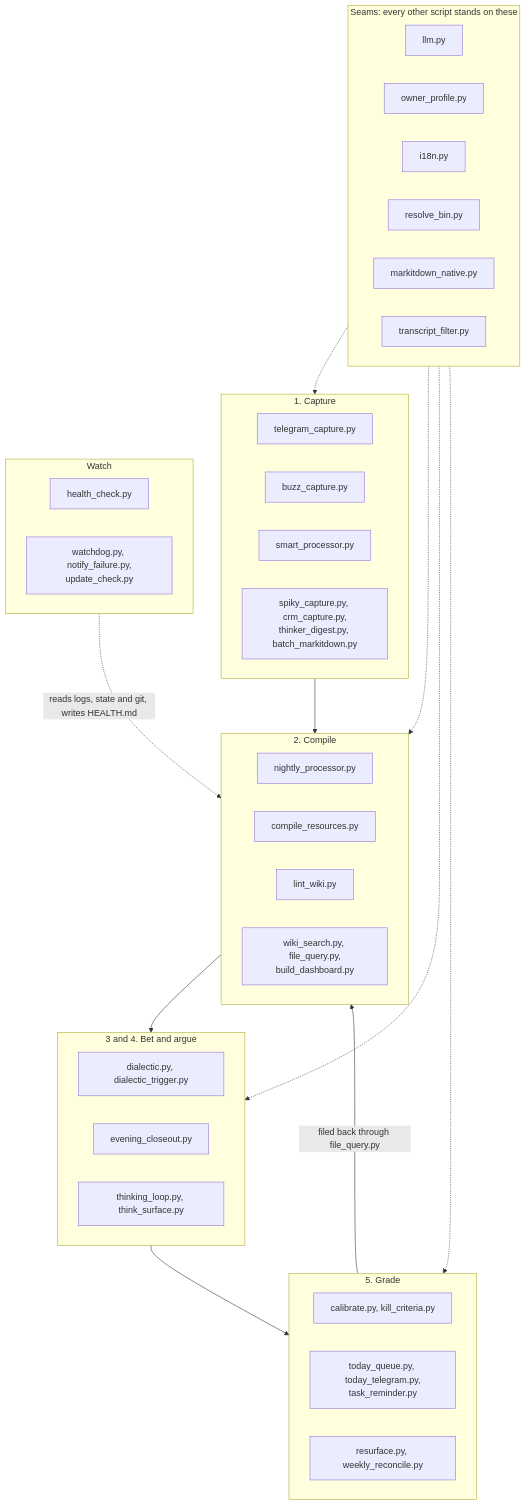
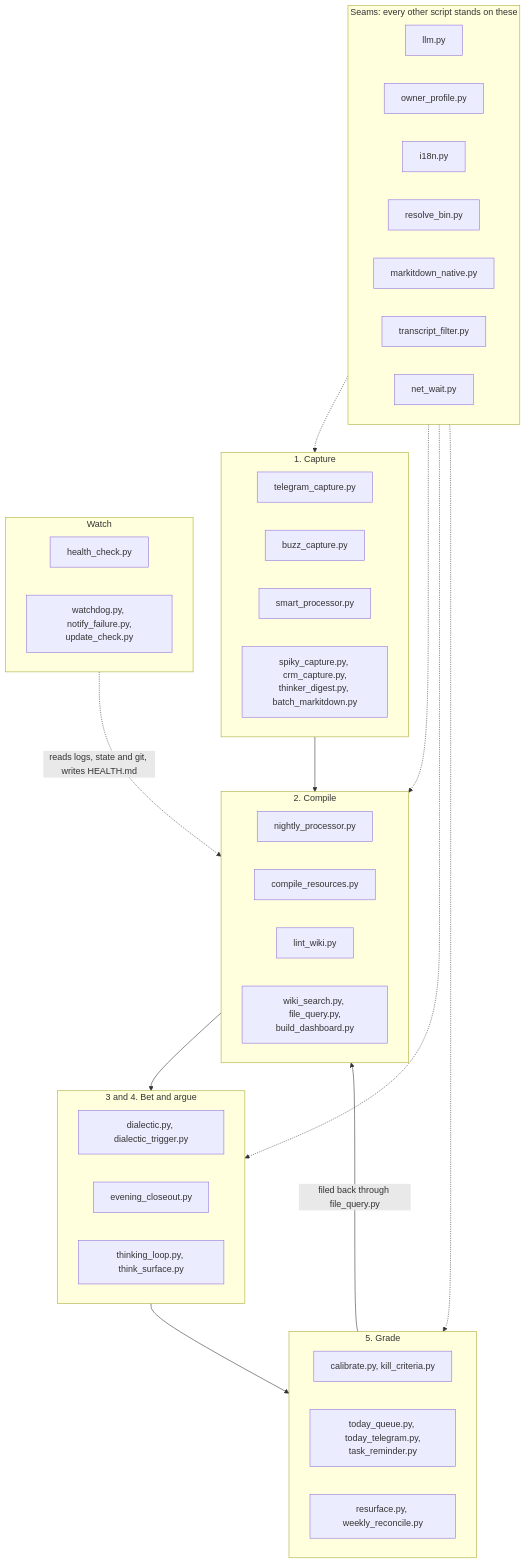
The diagram in docs/scripts.md (ezapmar/brainless-public), drawn with Mermaid before and after one commit. The commit also changed other lines of this file and 104 other files, not shown here.

````diff
--- a/docs/scripts.md
+++ b/docs/scripts.md
@@ -40,52 +44,53 @@
 ```mermaid
 flowchart TD
   subgraph seams["Seams: every other script stands on these"]
     llm["llm.py"]
     prof["owner_profile.py"]
     i18n["i18n.py"]
     bin["resolve_bin.py"]
     mid["markitdown_native.py"]
     tf["transcript_filter.py"]
+    nw["net_wait.py"]
   end
 
   subgraph capture["1. Capture"]
     tg["telegram_capture.py"]
     bz["buzz_capture.py"]
     sp["smart_processor.py"]
     ing["spiky_capture.py, crm_capture.py,<br/>thinker_digest.py, batch_markitdown.py"]
   end
 
   subgraph compile["2. Compile"]
     night["nightly_processor.py"]
     comp["compile_resources.py"]
     lint["lint_wiki.py"]
     find["wiki_search.py, file_query.py,<br/>build_dashboard.py"]
   end
 
   subgraph argue["3 and 4. Bet and argue"]
     dia["dialectic.py, dialectic_trigger.py"]
     close["evening_closeout.py"]
     think["thinking_loop.py, think_surface.py"]
   end
 
   subgraph grade["5. Grade"]
     cal["calibrate.py, kill_criteria.py"]
     today["today_queue.py, today_telegram.py,<br/>task_reminder.py"]
     mem["resurface.py, weekly_reconcile.py"]
   end
 
   subgraph watch["Watch"]
     hc["health_check.py"]
     wd["watchdog.py, notify_failure.py,<br/>update_check.py"]
   end
 
   capture --> compile
   compile --> argue
   argue --> grade
   grade -->|"filed back through file_query.py"| compile
   seams -.-> capture
   seams -.-> compile
   seams -.-> argue
   seams -.-> grade
   watch -.->|"reads logs, state and git, writes HEALTH.md"| compile
 ```
````
